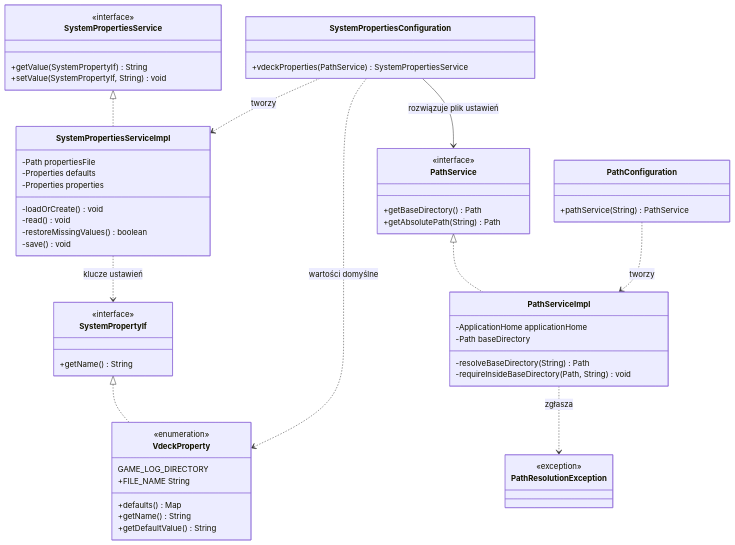
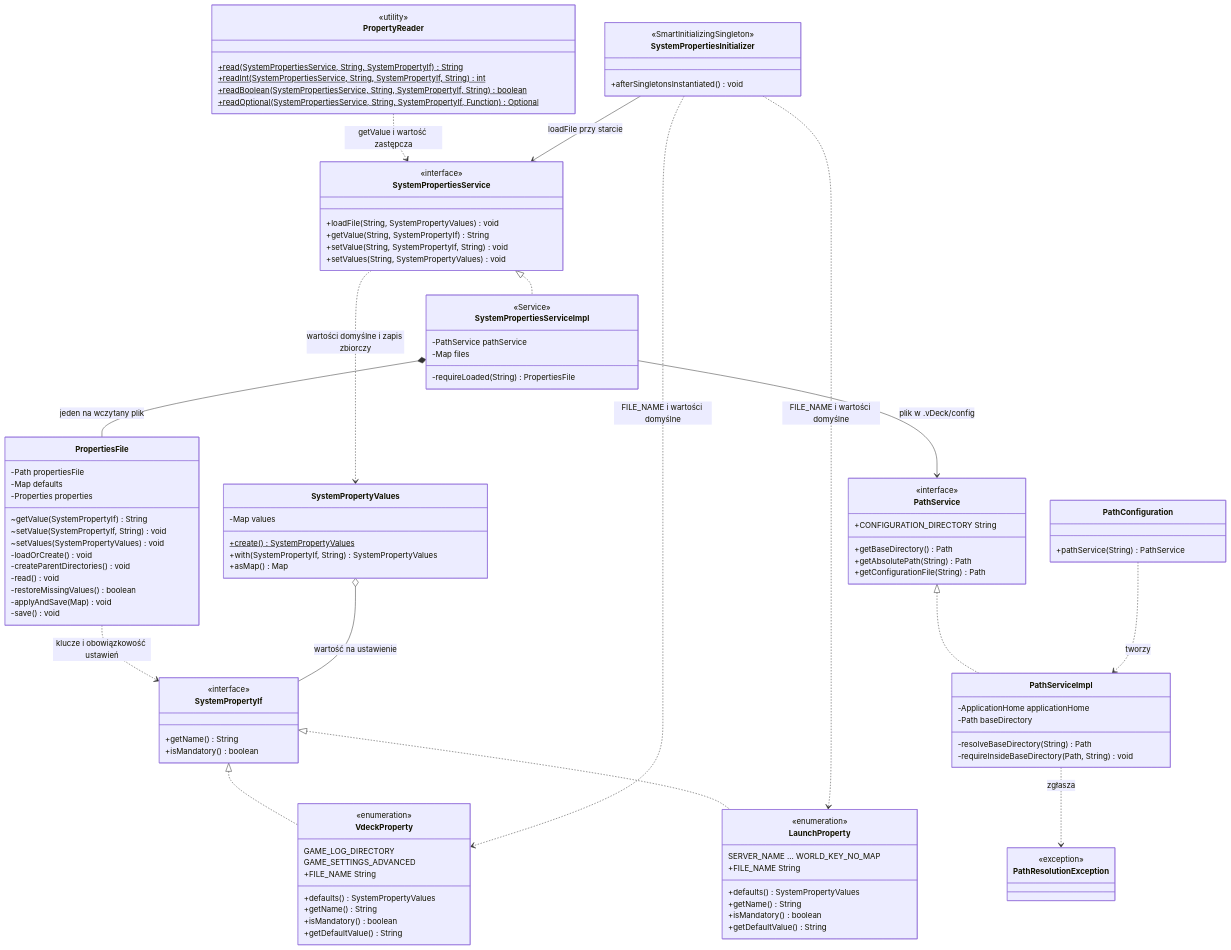
One commit to Pplociennik/vDeck changed the diagram in dokumentacja/diagramy/wspolne/klasy-konfiguracja.mmd. Above: the diagram before and after it, drawn with Mermaid. The commit also changed 100 other files, not shown here.

First line of the commit message:
[VDEC-6] ADD: Created panels for managing valheim server launch prope… (#5)

```diff
--- a/dokumentacja/diagramy/wspolne/klasy-konfiguracja.mmd
+++ b/dokumentacja/diagramy/wspolne/klasy-konfiguracja.mmd
@@ -1,68 +1,119 @@
 %% Diagram klas: infrastruktura konfiguracji i rozwiązywania ścieżek
 classDiagram
     direction TB
 
     class SystemPropertyIf {
         <<interface>>
         +getName() String
+        +isMandatory() boolean
     }
 
     class VdeckProperty {
         <<enumeration>>
         GAME_LOG_DIRECTORY
+        GAME_SETTINGS_ADVANCED
         +FILE_NAME String
-        +defaults() Map
+        +defaults() SystemPropertyValues
         +getName() String
+        +isMandatory() boolean
         +getDefaultValue() String
+    }
+
+    class LaunchProperty {
+        <<enumeration>>
+        SERVER_NAME … WORLD_KEY_NO_MAP
+        +FILE_NAME String
+        +defaults() SystemPropertyValues
+        +getName() String
+        +isMandatory() boolean
+        +getDefaultValue() String
+    }
+
+    class SystemPropertyValues {
+        -Map values
+        +create()$ SystemPropertyValues
+        +with(SystemPropertyIf, String) SystemPropertyValues
+        +asMap() Map
+    }
+
+    class PropertyReader {
+        <<utility>>
+        +read(SystemPropertiesService, String, SystemPropertyIf)$ String
+        +readInt(SystemPropertiesService, String, SystemPropertyIf, String)$ int
+        +readBoolean(SystemPropertiesService, String, SystemPropertyIf, String)$ boolean
+        +readOptional(SystemPropertiesService, String, SystemPropertyIf, Function)$ Optional
     }
 
     class SystemPropertiesService {
         <<interface>>
-        +getValue(SystemPropertyIf) String
-        +setValue(SystemPropertyIf, String) void
+        +loadFile(String, SystemPropertyValues) void
+        +getValue(String, SystemPropertyIf) String
+        +setValue(String, SystemPropertyIf, String) void
+        +setValues(String, SystemPropertyValues) void
     }
 
     class SystemPropertiesServiceImpl {
+        <<Service>>
+        -PathService pathService
+        -Map files
+        -requireLoaded(String) PropertiesFile
+    }
+
+    class PropertiesFile {
         -Path propertiesFile
-        -Properties defaults
+        -Map defaults
         -Properties properties
+        ~getValue(SystemPropertyIf) String
+        ~setValue(SystemPropertyIf, String) void
+        ~setValues(SystemPropertyValues) void
         -loadOrCreate() void
+        -createParentDirectories() void
         -read() void
         -restoreMissingValues() boolean
+        -applyAndSave(Map) void
         -save() void
     }
 
     class PathService {
         <<interface>>
+        +CONFIGURATION_DIRECTORY String
         +getBaseDirectory() Path
         +getAbsolutePath(String) Path
+        +getConfigurationFile(String) Path
     }
 
     class PathServiceImpl {
         -ApplicationHome applicationHome
         -Path baseDirectory
         -resolveBaseDirectory(String) Path
         -requireInsideBaseDirectory(Path, String) void
     }
 
     class PathResolutionException {
         <<exception>>
     }
 
     class PathConfiguration {
         +pathService(String) PathService
     }
 
-    class SystemPropertiesConfiguration {
-        +vdeckProperties(PathService) SystemPropertiesService
+    class SystemPropertiesInitializer {
+        <<SmartInitializingSingleton>>
+        +afterSingletonsInstantiated() void
     }
 
     SystemPropertyIf <|.. VdeckProperty
+    SystemPropertyIf <|.. LaunchProperty
     SystemPropertiesService <|.. SystemPropertiesServiceImpl
-    SystemPropertiesServiceImpl ..> SystemPropertyIf : klucze ustawień
+    SystemPropertiesServiceImpl *-- PropertiesFile : jeden na wczytany plik
+    SystemPropertiesServiceImpl --> PathService : plik w .vDeck/config
+    PropertiesFile ..> SystemPropertyIf : klucze i obowiązkowość ustawień
+    SystemPropertyValues o-- SystemPropertyIf : wartość na ustawienie
+    SystemPropertiesService ..> SystemPropertyValues : wartości domyślne i zapis zbiorczy
+    PropertyReader ..> SystemPropertiesService : getValue i wartość zastępcza
     PathService <|.. PathServiceImpl
     PathServiceImpl ..> PathResolutionException : zgłasza
     PathConfiguration ..> PathServiceImpl : tworzy
-    SystemPropertiesConfiguration ..> SystemPropertiesServiceImpl : tworzy
-    SystemPropertiesConfiguration --> PathService : rozwiązuje plik ustawień
-    SystemPropertiesConfiguration ..> VdeckProperty : wartości domyślne
+    SystemPropertiesInitializer --> SystemPropertiesService : loadFile przy starcie
+    SystemPropertiesInitializer ..> VdeckProperty : FILE_NAME i wartości domyślne
+    SystemPropertiesInitializer ..> LaunchProperty : FILE_NAME i wartości domyślne
```
